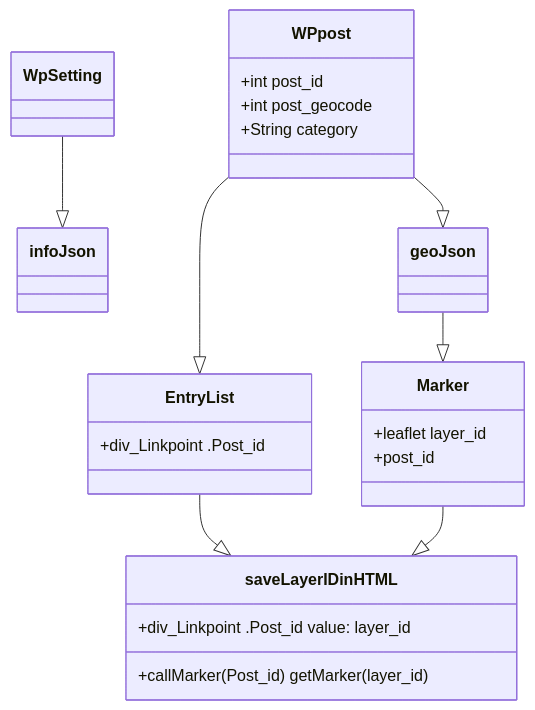
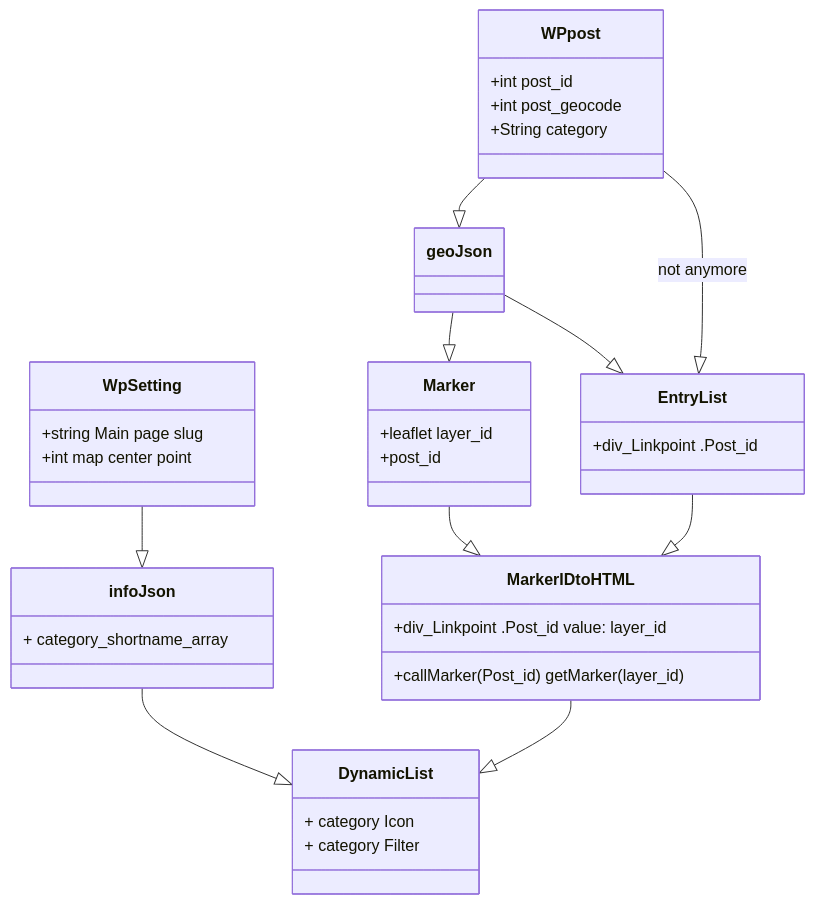
One commit to Diane-Kang/Sinngrund-Kulturdatenbank-plugin changed the second of 3 diagrams in README.md. Above: the diagram before and after it, drawn with Mermaid. The commit also changed 9 other files, not shown here.

Commit message:
now Category array is defined only 1 time. Sidebar of the Editor, wider now.

````diff
--- a/README.md
+++ b/README.md
@@ -226,25 +226,42 @@
 ```mermaid
 classDiagram
     Wp Setting --|> infoJson 
     WP post --|> geoJson
     geoJson --|> Marker
-    WP post --|> EntryList
-    EntryList --|> saveLayerIDinHTML
-    Marker --|>saveLayerIDinHTML
+    geoJson --|> EntryList
+    WP post --|> EntryList : not anymore
+    EntryList --|> MarkerIDtoHTML
+    Marker --|>MarkerIDtoHTML
     WP post : +int post_id
     WP post : +int post_geocode
     WP post : +String category
-
+    MarkerIDtoHTML--|> DynamicList
+    infoJson --|> DynamicList
     class Marker{
         +leaflet layer_id
         +post_id
     }
 
-    class saveLayerIDinHTML{
+    class MarkerIDtoHTML{
         +div_Linkpoint .Post_id value: layer_id
         +callMarker(Post_id) getMarker(layer_id)
     }
     class EntryList{
         +div_Linkpoint .Post_id 
     }
+
+    class WpSetting{
+        +string Main page slug 
+        +int map center point 
+    }
+
+    class infoJson{
+        + category_shortname_array
+    }
+
+
+    class DynamicList{
+        + category Icon 
+        + category Filter
+    }
 ```
````
